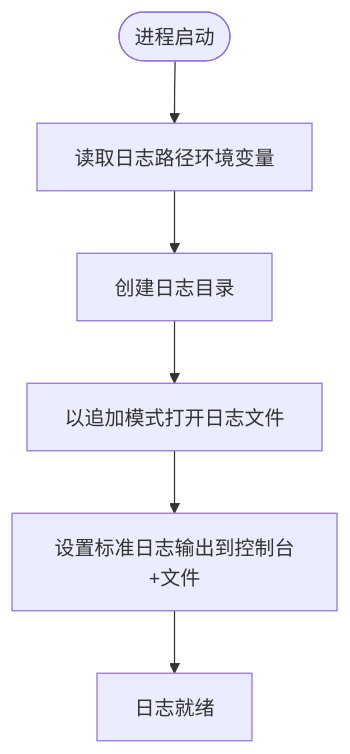
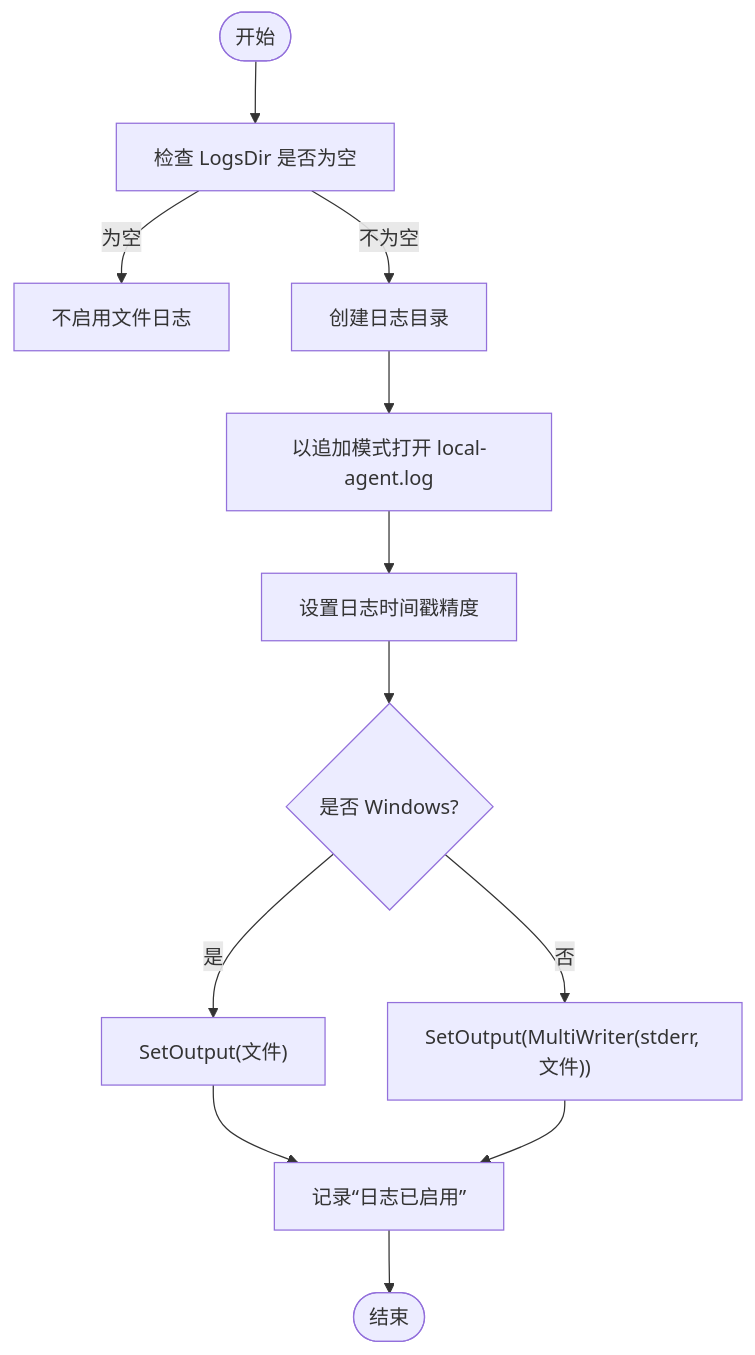
One commit to alvinwangzi/goodhr changed the third of 4 diagrams in .qoder/repowiki/zh/content/本地执行器/核心架构/日志系统.md. Above: the diagram before and after it, drawn with Mermaid. The commit also changed other lines of this file and 149 other files, not shown here.

````diff
--- a/.qoder/repowiki/zh/content/本地执行器/核心架构/日志系统.md
+++ b/.qoder/repowiki/zh/content/本地执行器/核心架构/日志系统.md
@@ -95,8 +124,14 @@
 ```mermaid
 flowchart TD
-Start(["进程启动"]) --> CheckEnv["读取日志路径环境变量"]
-CheckEnv --> CreateDir["创建日志目录"]
-CreateDir --> OpenFile["以追加模式打开日志文件"]
-OpenFile --> SetOutput["设置标准日志输出到控制台+文件"]
-SetOutput --> Ready["日志就绪"]
+Start(["开始"]) --> CheckLogsDir["检查 LogsDir 是否为空"]
+CheckLogsDir --> |为空| NoFileLog["不启用文件日志"]
+CheckLogsDir --> |不为空| CreateDir["创建日志目录"]
+CreateDir --> OpenFile["以追加模式打开 local-agent.log"]
+OpenFile --> SetFlags["设置日志时间戳精度"]
+SetFlags --> OSCheck{"是否 Windows?"}
+OSCheck --> |是| OutToFile["SetOutput(文件)"]
+OSCheck --> |否| OutToStderrAndFile["SetOutput(MultiWriter(stderr, 文件))"]
+OutToFile --> LogEnabled["记录“日志已启用”"]
+OutToStderrAndFile --> LogEnabled
+LogEnabled --> End(["结束"])
 ```
````
